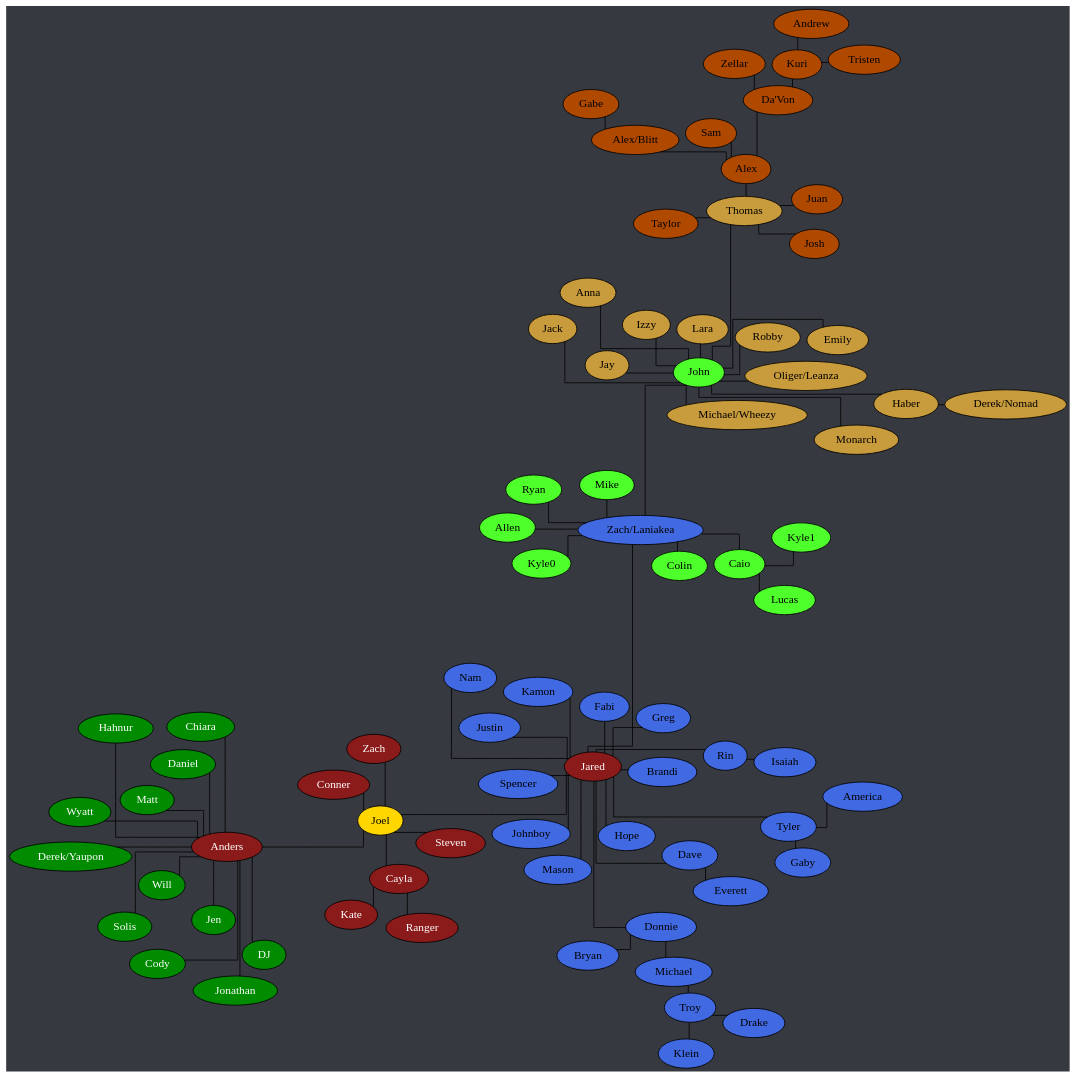
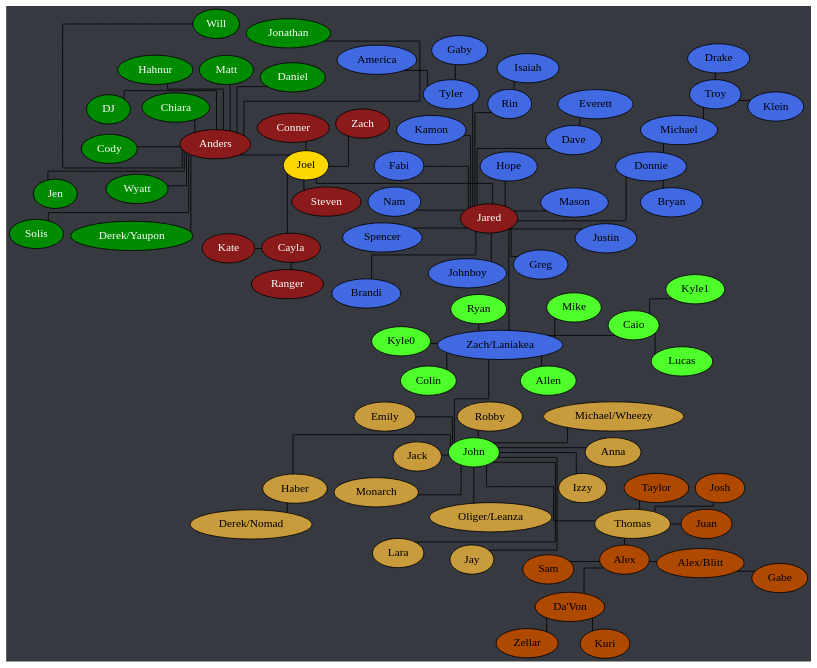
One commit to Documidas/CoronaCatzFamilyTree changed the diagram in tree.dot. Above: the diagram before and after it, drawn with Graphviz. The commit also changed 1 other file, not shown here.

Commit message:
Remove Andrew and Tristen

```diff
--- a/tree.dot
+++ b/tree.dot
@@ -1,127 +1,125 @@
 strict graph {
 	// Layout Configuration
 	layout = neato;
 	epsilon = 0.01;
 	mode = KK;
 	model = subset;
 	overlap = false;
 	splines = ortho;
 
 	// Visual Configuration
 	graph [truecolor=true bgcolor="#36393f"]
 	node [style=filled fillcolor="gray" fontcolor="black"]
 
 	subgraph "Joel" {
 		node [style=filled fillcolor="firebrick4" fontcolor="white"];
 		Joel [style=filled fillcolor="gold" fontcolor="black"];
 
 		Anders -- Joel;
 		Cayla -- Joel
 		Cayla -- Kate;
 		Cayla -- Ranger;
 		Joel -- Conner;
 		Joel -- Jared;
 		Joel -- Steven;
 		Joel -- Zach;
 	}
 
 	subgraph "Anders" {
 		node [style=filled fillcolor="green4" fontcolor="white"];
 
 		Anders -- Chiara
 		Anders -- Cody;
 		Anders -- Daniel;
 		Anders -- "Derek/Yaupon";
 		Anders -- DJ;
 		Anders -- Hahnur;
 		Anders -- Jen;
 		Anders -- Jonathan;
 		Anders -- Matt;
 		Anders -- Solis;
 		Anders -- Will;
 		Anders -- Wyatt;
 	}
 
 	subgraph "Jared" {
 		node [style=filled fillcolor="royalblue" fontcolor="black"]
 
 		Dave -- Everett;
 		Donnie -- Bryan;
 		Donnie -- Michael;
 		Jared -- Brandi;
 		Jared -- Dave;
 		Jared -- Donnie;
 		Jared -- Fabi;
 		Jared -- Greg;
 		Jared -- Hope;
 		Jared -- Johnboy;
 		Jared -- Justin;
 		Jared -- Kamon;
 		Jared -- Mason;
 		Jared -- Nam;
 		Jared -- Rin;
 		Jared -- Spencer;
 		Jared -- Tyler;
 		Jared -- "Zach/Laniakea";
 		Michael -- Troy;
 		Rin -- Isaiah;
 		Tyler -- America;
 		Tyler -- Gaby;
 		Troy -- Drake;
 		Troy -- Klein;
 	}
 
 	subgraph "Zach/Laniakea" {
 		node [style=filled fillcolor="#4eff2c" fontcolor="black"]
 
 		Caio -- Kyle1;
 		Caio -- Lucas;
 		"Zach/Laniakea" -- Allen;
 		"Zach/Laniakea" -- Caio;
 		"Zach/Laniakea" -- Colin;
 		"Zach/Laniakea" -- John [ len = 10 ];
 		"Zach/Laniakea" -- Kyle0;
 		"Zach/Laniakea" -- Mike;
 		"Zach/Laniakea" -- Ryan;
 	}
 
 	subgraph "John" {
 		node [style=filled fillcolor="#c89b3c" fontcolor="black"]
 
 		Haber -- "Derek/Nomad";
 		John -- Anna;
 		John -- Emily;
 		John -- Haber;
 		John -- Jay;
 		John -- Jack;
 		John -- Lara;
 		John -- Monarch;
 		John -- "Oliger/Leanza";
 		John -- Thomas;
 	}
 
 	subgraph "John-stream" {
 		// node [style=filled fillcolor="#9147ff" fontcolor="black"]
 		node [style=filled fillcolor="#c89b3c" fontcolor="black"]
 
 		John -- Izzy;
 		John -- "Michael/Wheezy";
 		John -- Robby;
 	}
 
 	subgraph "Thomas" {
 		node [style=filled fillcolor="#b04900" fontcolor="black"]
 		Alex -- "Da'Von";
 		Alex -- "Alex/Blitt";
 		Alex -- Sam;
 		"Alex/Blitt" -- Gabe;
 		"Da'Von" -- Kuri;
 		"Da'Von" -- Zellar;
-		Kuri -- Andrew;
-		Kuri -- Tristen;
 		Thomas -- Alex;
 		Thomas -- Josh;
 		Thomas -- Juan;
 		Thomas -- Taylor;
 	}
 }
```
